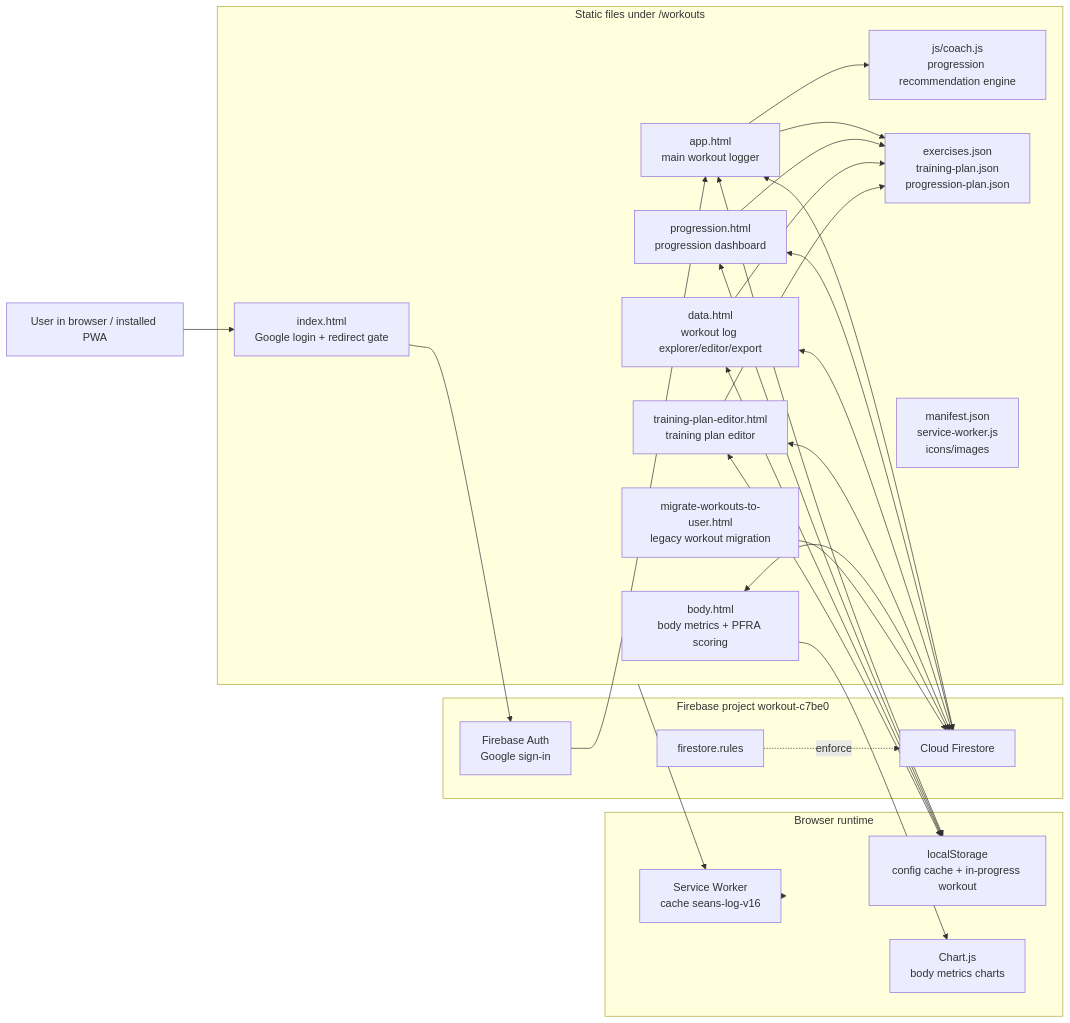
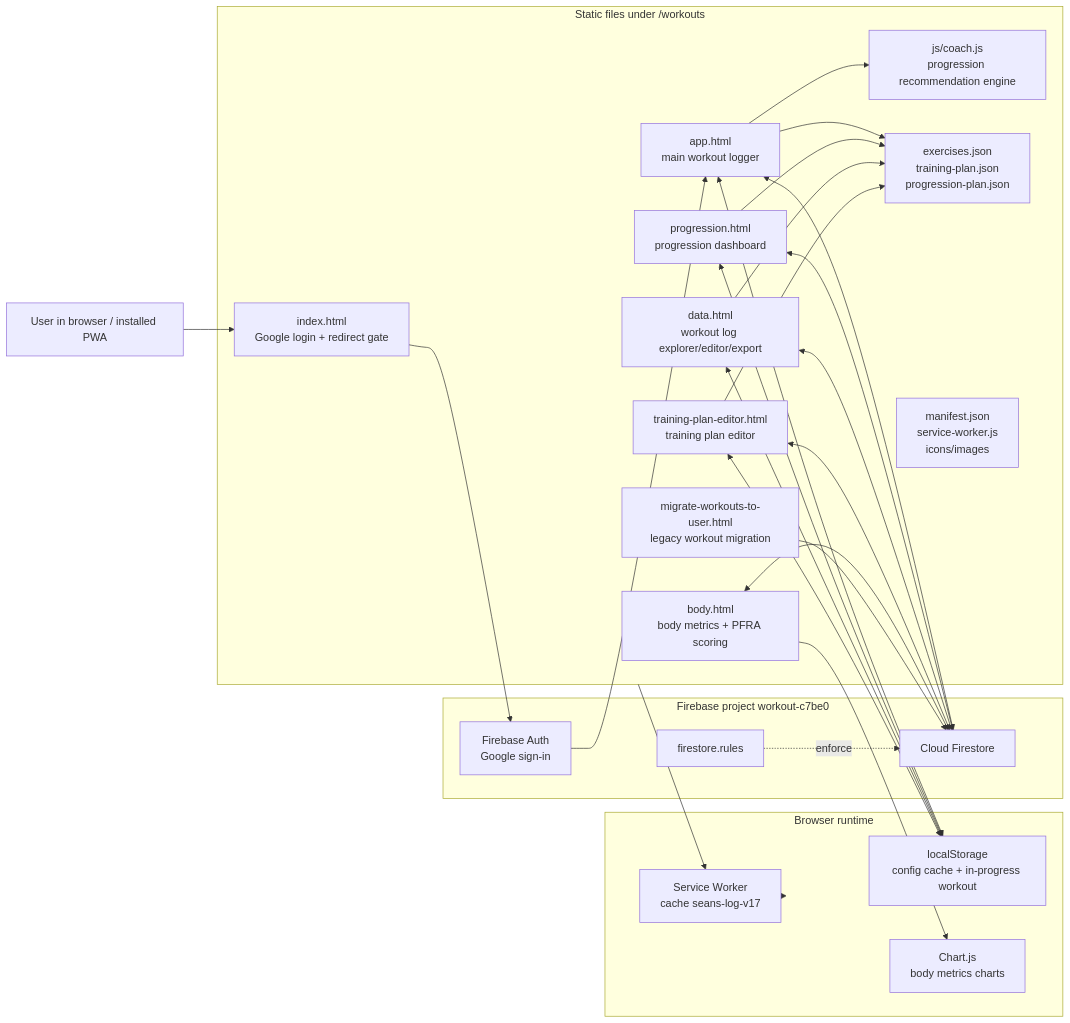
Before and after one commit to 0sps/sull1van.com: the first of 5 diagrams in workouts/WORKOUTS_ARCHITECTURE.md, drawn with Mermaid. The commit also changed other lines of this file and 7 other files, not shown here.

````diff
--- a/workouts/WORKOUTS_ARCHITECTURE.md
+++ b/workouts/WORKOUTS_ARCHITECTURE.md
@@ -13,52 +13,52 @@
 ```mermaid
 flowchart LR
     User["User in browser / installed PWA"]
 
     subgraph Static["Static files under /workouts"]
         Login["index.html<br/>Google login + redirect gate"]
         App["app.html<br/>main workout logger"]
         Progression["progression.html<br/>progression dashboard"]
         Body["body.html<br/>body metrics + PFRA scoring"]
         Data["data.html<br/>workout log explorer/editor/export"]
         Editor["training-plan-editor.html<br/>training plan editor"]
         Migration["migrate-workouts-to-user.html<br/>legacy workout migration"]
         Coach["js/coach.js<br/>progression recommendation engine"]
         Seeds["exercises.json<br/>training-plan.json<br/>progression-plan.json"]
         PWA["manifest.json<br/>service-worker.js<br/>icons/images"]
     end
 
     subgraph Browser["Browser runtime"]
-        SW["Service Worker<br/>cache seans-log-v16"]
+        SW["Service Worker<br/>cache seans-log-v17"]
         LS["localStorage<br/>config cache + in-progress workout"]
         Charts["Chart.js<br/>body metrics charts"]
     end
 
     subgraph Firebase["Firebase project workout-c7be0"]
         Auth["Firebase Auth<br/>Google sign-in"]
         Firestore["Cloud Firestore"]
         Rules["firestore.rules"]
     end
 
     User --> Login
     Login --> Auth
     Auth --> App
     App --> Coach
     App --> Seeds
     Progression --> Seeds
     Data --> Seeds
     Editor --> Seeds
     App <--> LS
     Progression <--> LS
     Data <--> LS
     Editor <--> LS
     Body --> Charts
     Static --> SW
     SW --> Browser
     App <--> Firestore
     Progression <--> Firestore
     Data <--> Firestore
     Editor <--> Firestore
     Body <--> Firestore
     Migration --> Firestore
     Rules -. enforce .-> Firestore
 ```
````
